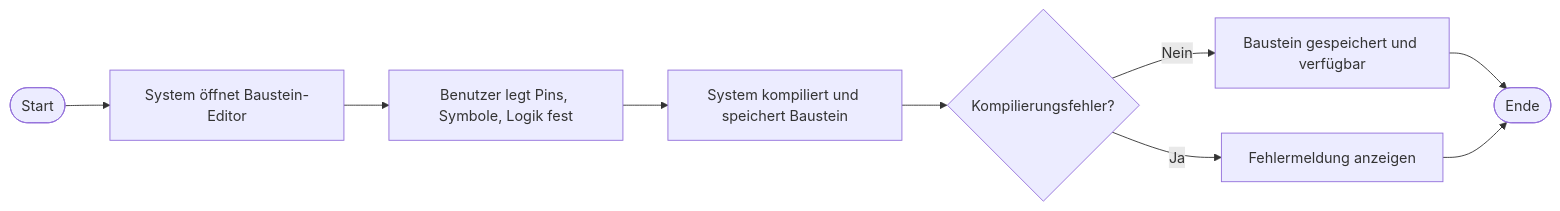
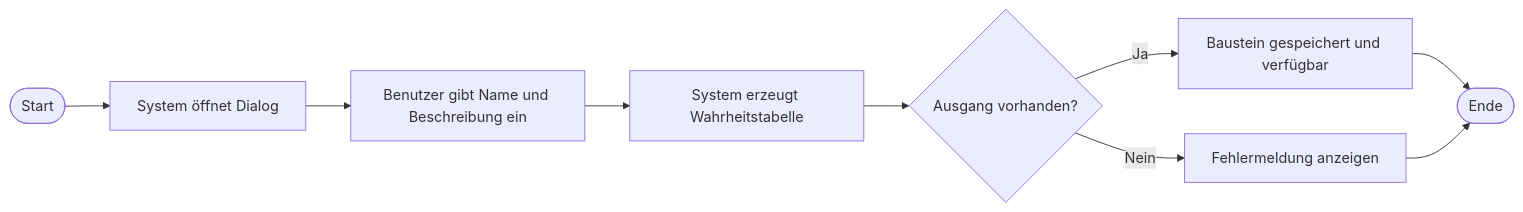
Diagram 19 of 43 in docs/use_cases/software_requirements_specification.md (BitFlow-DHBW/BitFlow), drawn with Mermaid before and after one commit. The commit also changed other lines of this file and 9 other files, not shown here.

````diff
--- a/docs/use_cases/software_requirements_specification.md
+++ b/docs/use_cases/software_requirements_specification.md
@@ -684,11 +739,11 @@
 ```mermaid
 flowchart LR
-	I1([Start]) --> I2["System öffnet Baustein-Editor"]
-	I2 --> I3["Benutzer legt Pins, Symbole, Logik fest"]
-	I3 --> I4["System kompiliert und speichert Baustein"]
-	I4 --> I5{"Kompilierungsfehler?"}
-	I5 -->|Nein| I6["Baustein gespeichert und verfügbar"]
-	I5 -->|Ja| I7["Fehlermeldung anzeigen"]
+	I1([Start]) --> I2["System öffnet Dialog"]
+	I2 --> I3["Benutzer gibt Name und Beschreibung ein"]
+	I3 --> I4["System erzeugt Wahrheitstabelle"]
+	I4 --> I5{"Ausgang vorhanden?"}
+	I5 -->|Ja| I6["Baustein gespeichert und verfügbar"]
+	I5 -->|Nein| I7["Fehlermeldung anzeigen"]
 	I6 --> I8([Ende])
 	I7 --> I8
 ```
````
